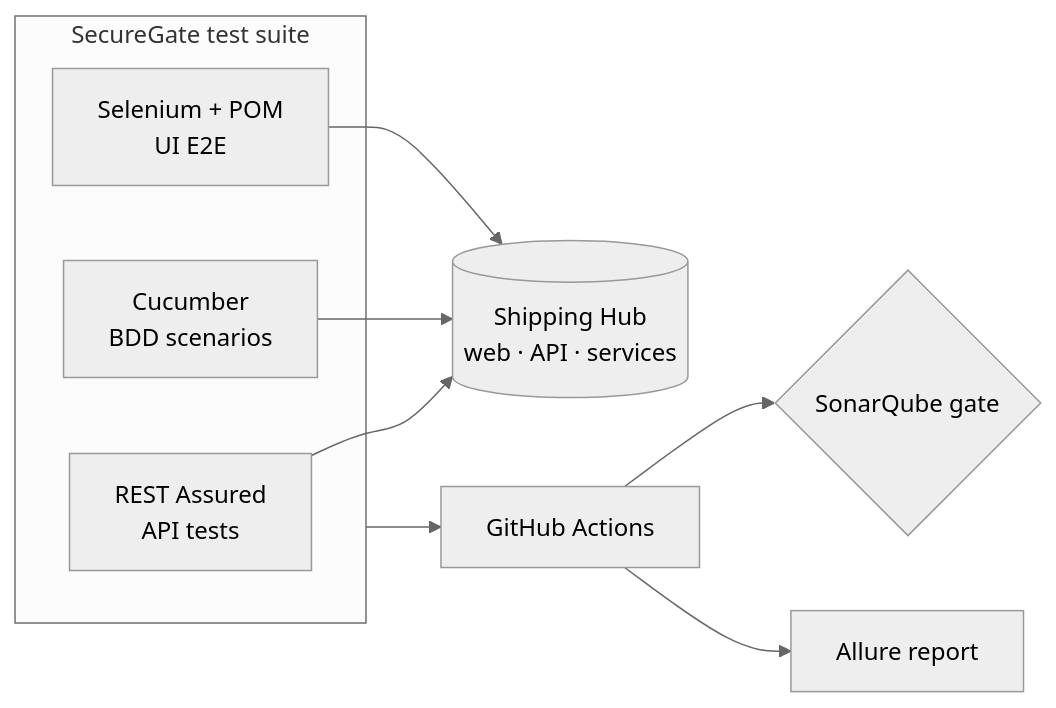
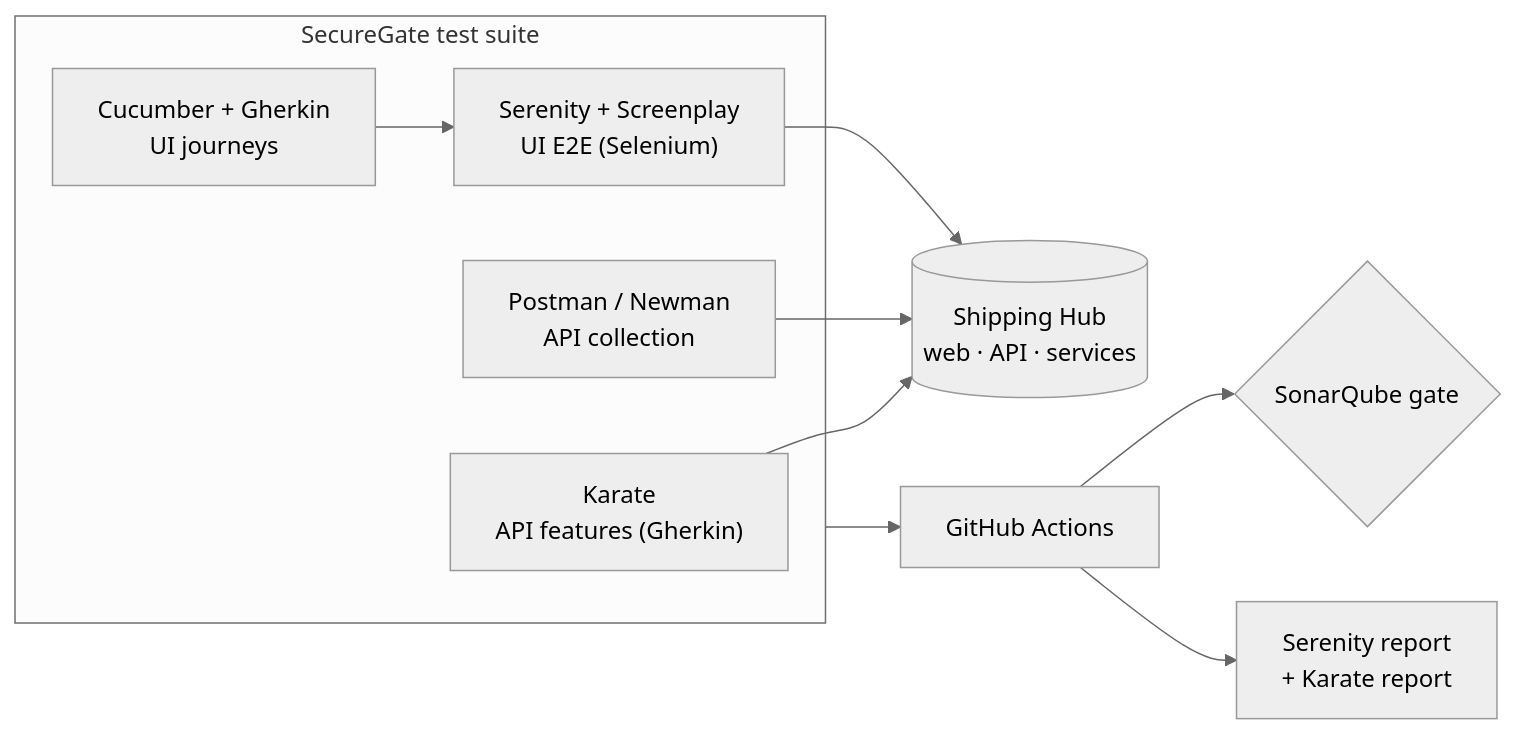
The diagram in SecureGate/README.md (brunocarbone98/projects), drawn with Mermaid (neutral theme) before and after one commit. The commit also changed other lines of this file and 109 other files, not shown here.

First line of the commit message:
feat(securegate): modernize test stack to Karate + Serenity Screenplay + Postman

````diff
--- a/SecureGate/README.md
+++ b/SecureGate/README.md
@@ -21,15 +24,17 @@
 ```mermaid
 flowchart LR
     subgraph SG["SecureGate test suite"]
-      API["REST Assured<br/>API tests"]
-      BDD["Cucumber<br/>BDD scenarios"]
-      UI["Selenium + POM<br/>UI E2E"]
+      API["Karate<br/>API features (Gherkin)"]
+      PM["Postman / Newman<br/>API collection"]
+      UI["Serenity + Screenplay<br/>UI E2E (Selenium)"]
+      BDD["Cucumber + Gherkin<br/>UI journeys"]
     end
     API --> SUT
-    BDD --> SUT
+    PM --> SUT
+    BDD --> UI
     UI --> SUT
     SUT[("Shipping Hub<br/>web · API · services")]
     SG --> CI["GitHub Actions"]
     CI --> GATE{"SonarQube gate"}
-    CI --> REP["Allure report"]
+    CI --> REP["Serenity report<br/>+ Karate report"]
 ```
````
